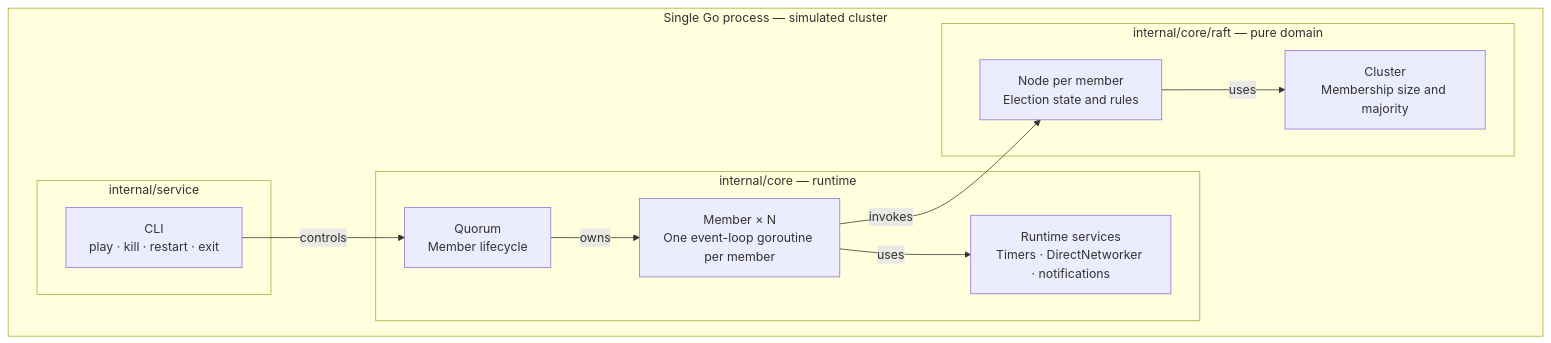
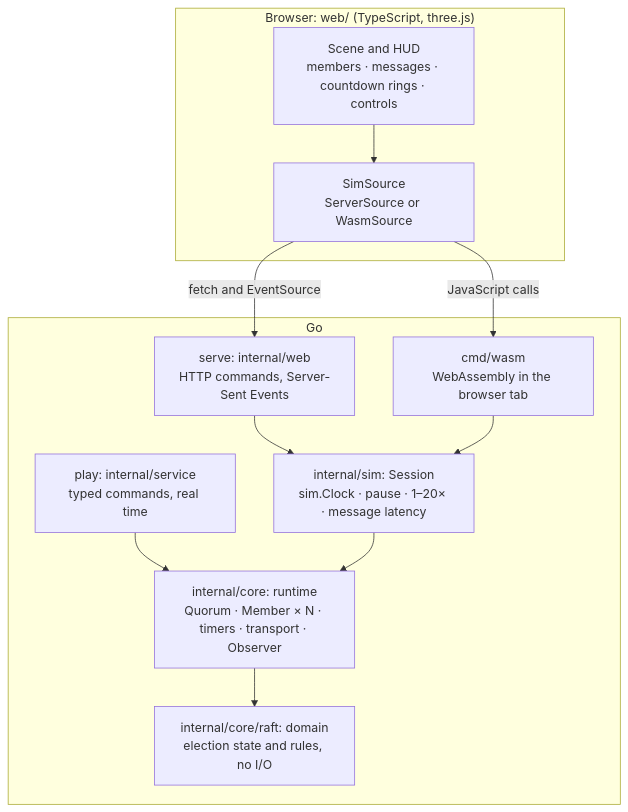
Before and after one commit to yusaanthya/quorum-election-simulator: the first of 2 diagrams in readme.md, drawn with Mermaid. The commit also changed other lines of this file, not shown here.

````diff
--- a/readme.md
+++ b/readme.md
@@ -153,22 +148,23 @@
 ```mermaid
 flowchart TB
-    subgraph process["Single Go process — simulated cluster"]
-        subgraph service["internal/service"]
-            CLI["CLI<br/>play · kill · restart · exit"]
-        end
-        subgraph runtime["internal/core — runtime"]
-            Q["Quorum<br/>Member lifecycle"]
-            M["Member × N<br/>One event-loop goroutine per member"]
-            IO["Runtime services<br/>Timers · DirectNetworker · notifications"]
-        end
-        subgraph domain["internal/core/raft — pure domain"]
-            NODE["Node per member<br/>Election state and rules"]
-            CLUSTER["Cluster<br/>Membership size and majority"]
-        end
+    subgraph browser["Browser: web/ (TypeScript, three.js)"]
+        VIEW["Scene and HUD<br/>members · messages · countdown rings · controls"]
+        SRC["SimSource<br/>ServerSource or WasmSource"]
     end
-    CLI -->|controls| Q
-    Q -->|owns| M
-    M -->|uses| IO
-    M -->|invokes| NODE
-    NODE -->|uses| CLUSTER
+    subgraph go["Go"]
+        PLAY["play: internal/service<br/>typed commands, real time"]
+        WEB["serve: internal/web<br/>HTTP commands, Server-Sent Events"]
+        WASM["cmd/wasm<br/>WebAssembly in the browser tab"]
+        SIM["internal/sim: Session<br/>sim.Clock · pause · 1–20× · message latency"]
+        CORE["internal/core: runtime<br/>Quorum · Member × N · timers · transport · Observer"]
+        RAFT["internal/core/raft: domain<br/>election state and rules, no I/O"]
+    end
+    VIEW --> SRC
+    SRC -->|"fetch and EventSource"| WEB
+    SRC -->|"JavaScript calls"| WASM
+    WEB --> SIM
+    WASM --> SIM
+    PLAY --> CORE
+    SIM --> CORE
+    CORE --> RAFT
 ```
````
